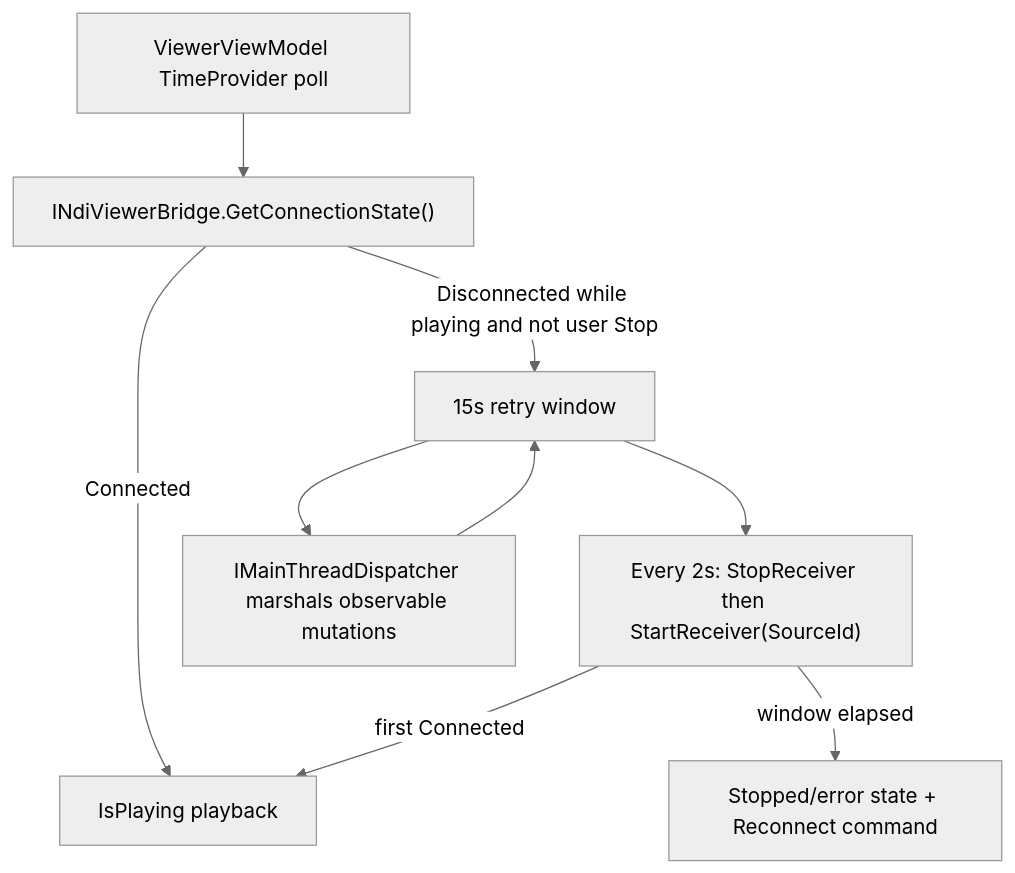
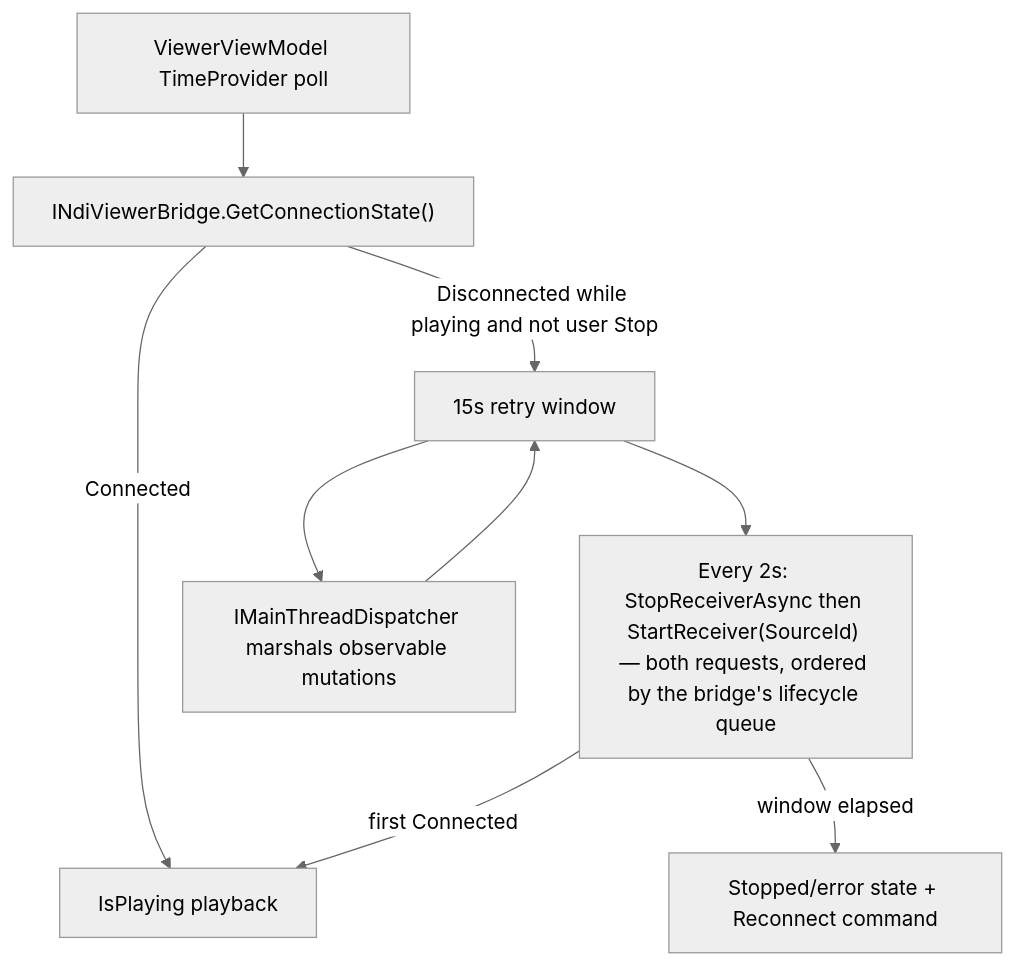
The second of 2 diagrams in docs/architecture.md (nielsverhoeven/NDI-for-Android), drawn with Mermaid (neutral theme) before and after one commit. The commit also changed other lines of this file and 45 other files, not shown here.

First line of the commit message:
Release: integration into main (async receiver lifecycle, draw on frame arrival, auto-reconnect, drop-rate/link hint, Appium 9) (#432)

````diff
--- a/docs/architecture.md
+++ b/docs/architecture.md
@@ -284,11 +288,11 @@
 ```mermaid
 graph TB
     POLL["ViewerViewModel TimeProvider poll"] --> GCS["INdiViewerBridge.GetConnectionState()"]
     GCS -->|Connected| PLAY["IsPlaying playback"]
     GCS -->|Disconnected while playing and not user Stop| WINDOW["15s retry window"]
-    WINDOW --> ATTEMPT["Every 2s: StopReceiver then StartReceiver(SourceId)"]
+    WINDOW --> ATTEMPT["Every 2s: StopReceiverAsync then StartReceiver(SourceId) — both requests, ordered by the bridge's lifecycle queue"]
     ATTEMPT -->|first Connected| PLAY
     ATTEMPT -->|window elapsed| FAILED["Stopped/error state + Reconnect command"]
     WINDOW --> DISP["IMainThreadDispatcher marshals observable mutations"]
     DISP --> WINDOW
 ```
````
